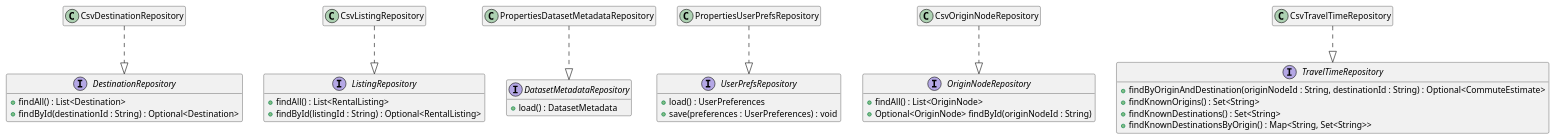
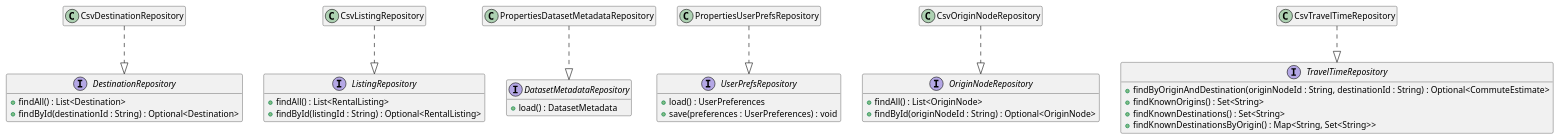
Before and after one commit to PeterShanxin/MapsAroundYou: the diagram in docs/design/class_diagrams/Storage.puml, drawn with PlantUML. The commit also changed 2 other files, not shown here.

Commit message:
refactor: Update class diagrams for GUI, Logic, and Storage components to enhance clarity and detail

```diff
--- a/docs/design/class_diagrams/Storage.puml
+++ b/docs/design/class_diagrams/Storage.puml
@@ -1,50 +1,50 @@
 @startuml Storage
 hide empty members
 skinparam linetype ortho
 
 interface DestinationRepository {
     + findAll() : List<Destination>
     + findById(destinationId : String) : Optional<Destination>
 }
 
 interface ListingRepository {
     + findAll() : List<RentalListing> 
     + findById(listingId : String) : Optional<RentalListing> 
 }
 
 interface DatasetMetadataRepository {
     + load() : DatasetMetadata
 }
 
 interface UserPrefsRepository {
     + load() : UserPreferences
     + save(preferences : UserPreferences) : void
 }
 
 interface OriginNodeRepository {
     + findAll() : List<OriginNode>
-    + Optional<OriginNode> findById(originNodeId : String)
+    + findById(originNodeId : String) : Optional<OriginNode>
 }
 
 interface TravelTimeRepository {
     + findByOriginAndDestination(originNodeId : String, destinationId : String) : Optional<CommuteEstimate>
     + findKnownOrigins() : Set<String>
     + findKnownDestinations() : Set<String>
     + findKnownDestinationsByOrigin() : Map<String, Set<String>>
 }
 
 class CsvDestinationRepository
 class CsvListingRepository
 class CsvOriginNodeRepository
 class CsvTravelTimeRepository
 class PropertiesDatasetMetadataRepository
 class PropertiesUserPrefsRepository
 
 CsvDestinationRepository ..|> DestinationRepository
 CsvListingRepository ..|> ListingRepository
 CsvOriginNodeRepository ..|> OriginNodeRepository
 CsvTravelTimeRepository ..|> TravelTimeRepository
 PropertiesDatasetMetadataRepository ..|> DatasetMetadataRepository
 PropertiesUserPrefsRepository ..|> UserPrefsRepository
 
 @enduml
```
